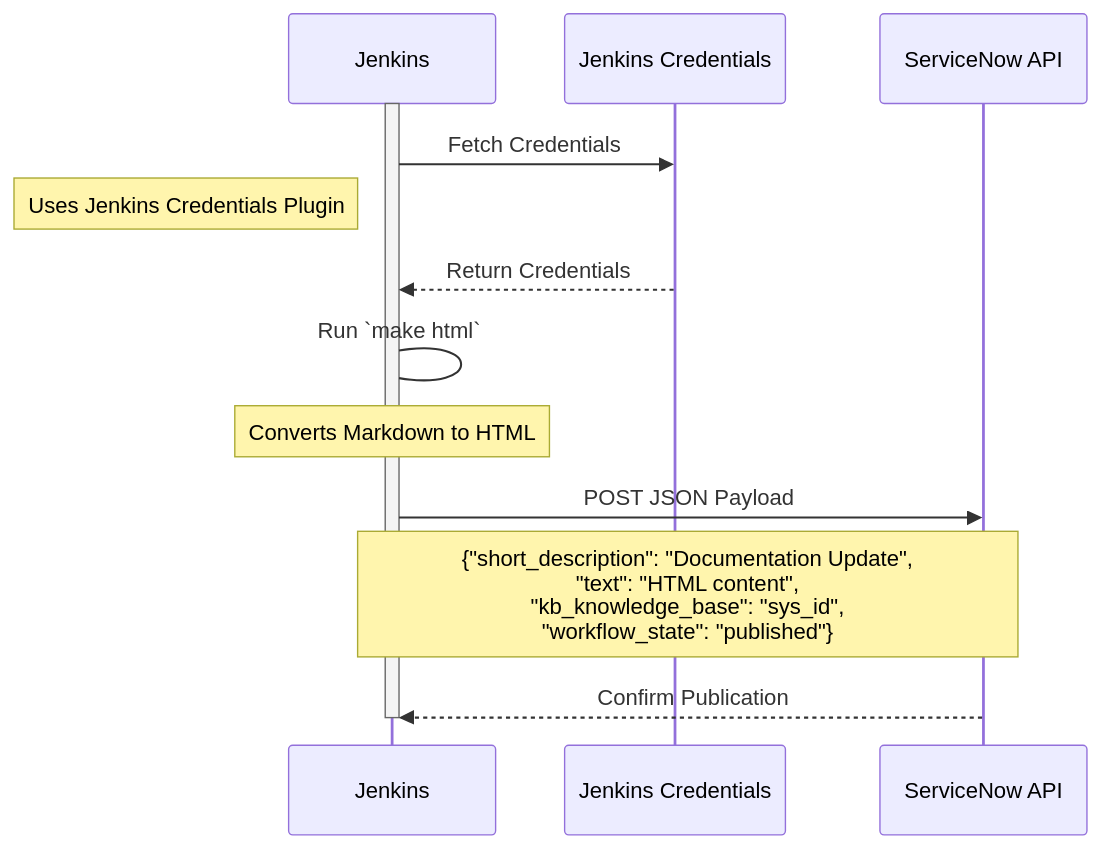
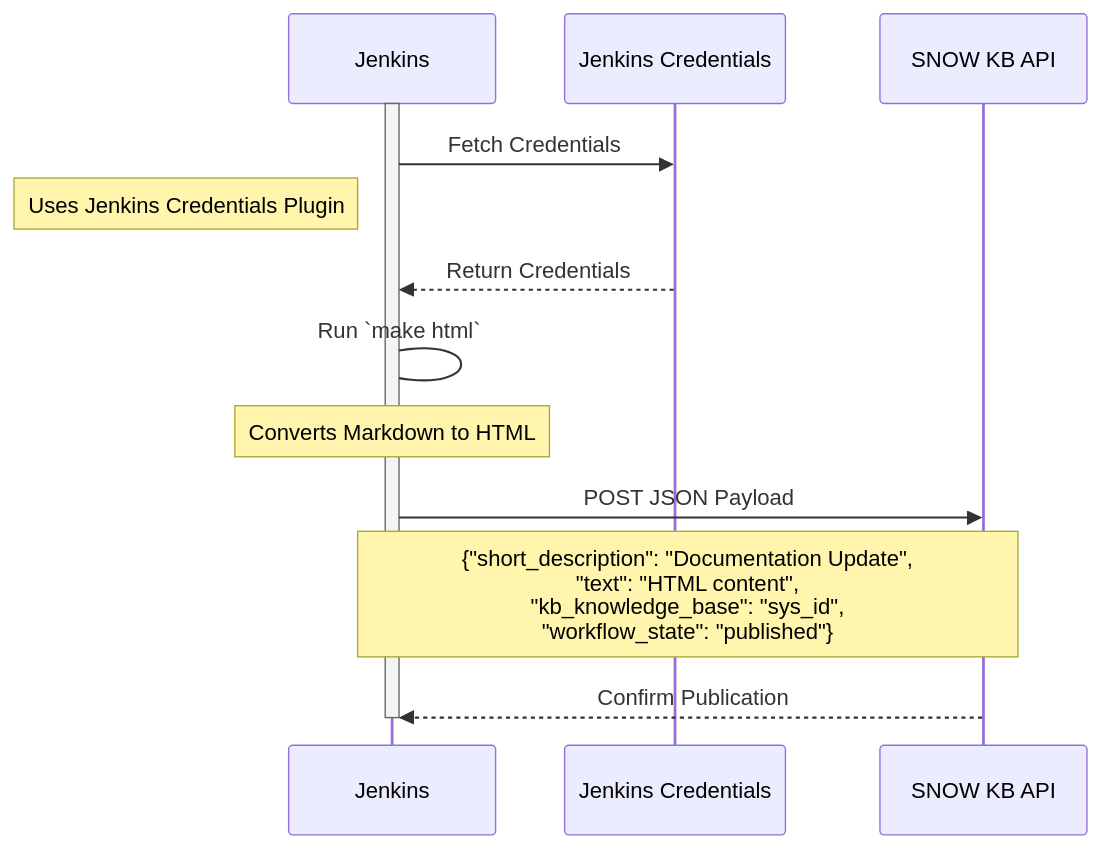
Before and after one commit to buckeye43210/markdown-to-snowkb: the fifth of 6 diagrams in README.md, drawn with Mermaid. The commit also changed other lines of this file, not shown here.

````diff
--- a/README.md
+++ b/README.md
@@ -234,16 +202,16 @@
 ```mermaid
 sequenceDiagram
     participant J as Jenkins
     participant C as Jenkins Credentials
-    participant S as ServiceNow API
+    participant S as SNOW KB API
     activate J
     J->>C: Fetch Credentials
     Note left of J: Uses Jenkins Credentials Plugin
     C-->>J: Return Credentials
     J->J: Run `make html`
     Note over J: Converts Markdown to HTML
     J->>S: POST JSON Payload
     Note over J,S: {"short_description": "Documentation Update",<br>"text": "HTML content",<br>"kb_knowledge_base": "sys_id",<br>"workflow_state": "published"}
     S-->>J: Confirm Publication
     deactivate J
 ```
````
